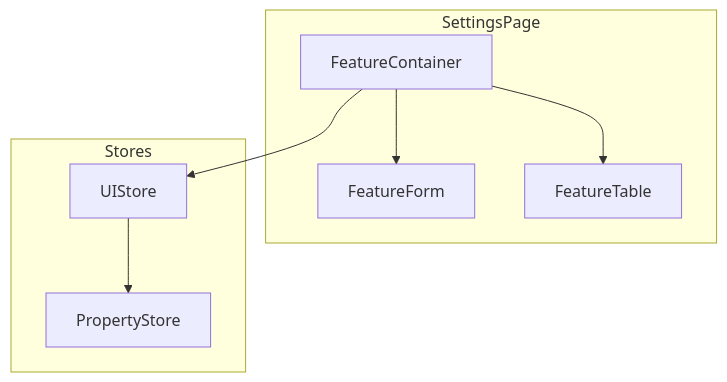
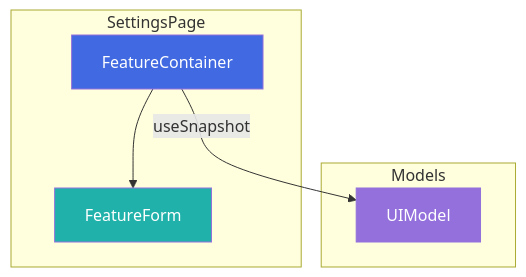
One commit to jira-helper/jira-helper changed the first of 2 diagrams in .cursor/agents/architect.md. Above: the diagram before and after it, drawn with Mermaid. The commit also changed other lines of this file and 14 other files, not shown here.

````diff
--- a/.cursor/agents/architect.md
+++ b/.cursor/agents/architect.md
@@ -92,18 +51,17 @@
 ```mermaid
 flowchart TD
     subgraph SettingsPage
         Container[FeatureContainer]
+        style Container fill:#4169E1,color:white
         Form[FeatureForm]
-        Table[FeatureTable]
+        style Form fill:#20B2AA,color:white
     end
     
-    subgraph Stores
-        UIStore[UIStore]
-        PropertyStore[PropertyStore]
+    subgraph Models
+        UIModel[UIModel]
+        style UIModel fill:#9370DB,color:white
     end
     
-    Container --> UIStore
+    Container -->|useSnapshot| UIModel
     Container --> Form
-    Container --> Table
-    UIStore --> PropertyStore
 ```
````
